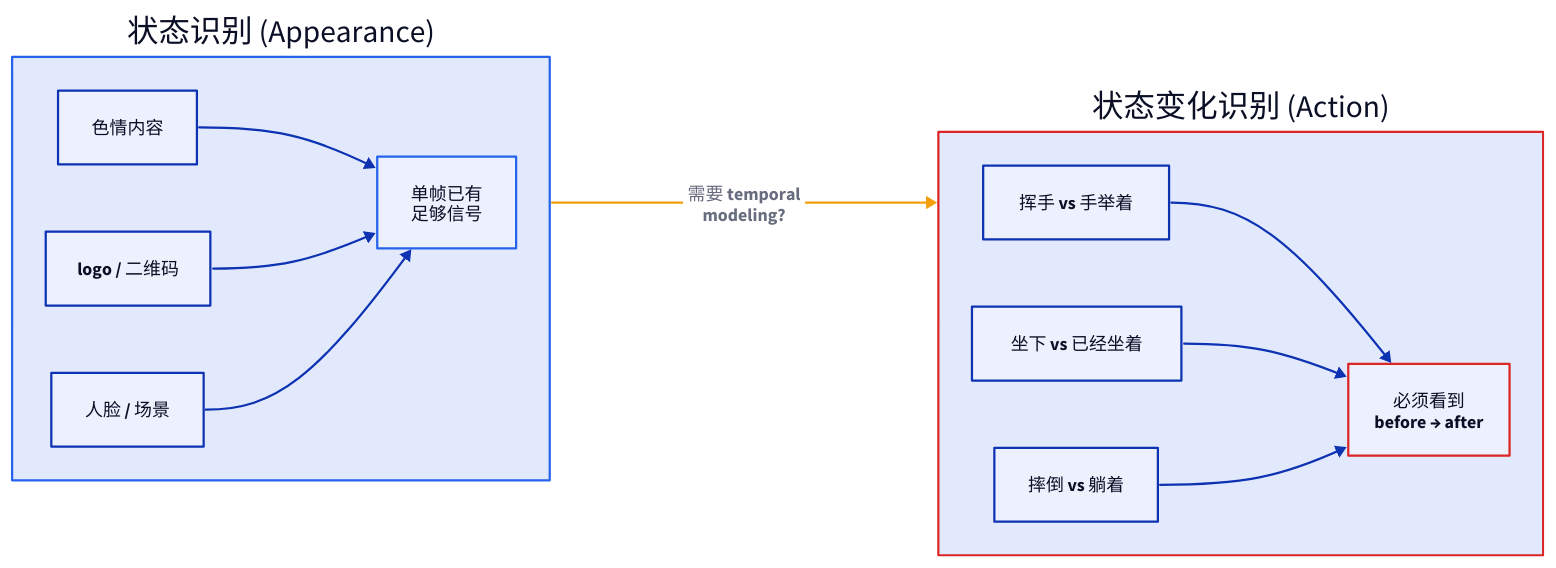
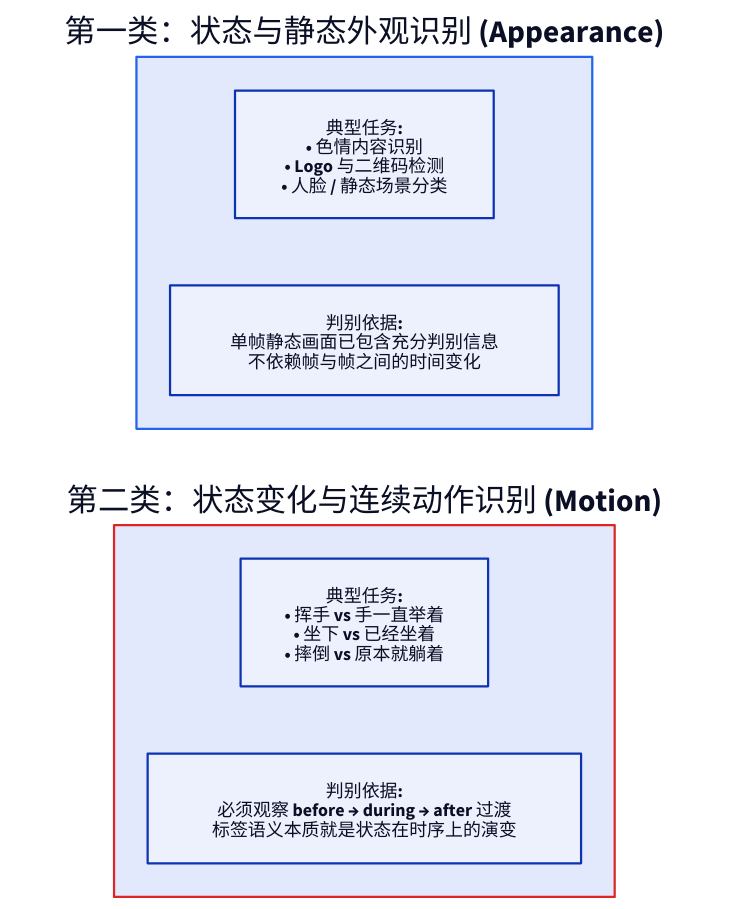
One commit to 111qqz/111qqz.github.io changed the diagram in images/video-does-not-need-video-model/state-vs-state-change.d2. Above: the diagram before and after it, drawn with D2. The commit also changed 88 other files, not shown here.

Commit message:
fix: 重构视频模型文章时序卷积配图并沉淀去AI味写作规范 111qqz/hugo-blog@7e23add2dcdf2248195b39531fcc9392aa524177

```diff
--- a/images/video-does-not-need-video-model/state-vs-state-change.d2
+++ b/images/video-does-not-need-video-model/state-vs-state-change.d2
@@ -1,40 +1,19 @@
 direction: right
 
-appearance: "状态识别 (Appearance)" {
+appearance: "第一类：状态与静态外观识别 (Appearance)" {
   style.stroke: "#2563eb"
   style.stroke-width: 2
+  style.bold: true
 
-  label1: "色情内容"
-  label2: "logo / 二维码"
-  label3: "人脸 / 场景"
-  signal: "单帧已有\n足够信号" {
-    style.bold: true
-    style.stroke: "#2563eb"
-  }
-
-  label1 -> signal
-  label2 -> signal
-  label3 -> signal
+  cases: "典型任务:\n• 色情内容识别\n• Logo 与二维码检测\n• 人脸 / 静态场景分类"
+  reason: "判别依据:\n单帧静态画面已包含充分判别信息\n不依赖帧与帧之间的时间变化"
 }
 
-action: "状态变化识别 (Action)" {
+action: "第二类：状态变化与连续动作识别 (Motion)" {
   style.stroke: "#dc2626"
   style.stroke-width: 2
+  style.bold: true
 
-  label1: "挥手 vs 手举着"
-  label2: "坐下 vs 已经坐着"
-  label3: "摔倒 vs 躺着"
-  signal: "必须看到\nbefore → after" {
-    style.bold: true
-    style.stroke: "#dc2626"
-  }
-
-  label1 -> signal
-  label2 -> signal
-  label3 -> signal
+  cases: "典型任务:\n• 挥手 vs 手一直举着\n• 坐下 vs 已经坐着\n• 摔倒 vs 原本就躺着"
+  reason: "判别依据:\n必须观察 before → during → after 过渡\n标签语义本质就是状态在时序上的演变"
 }
-
-appearance -> action: "需要 temporal\nmodeling?" {
-  style.stroke: "#f59e0b"
-  style.bold: true
-}
```
